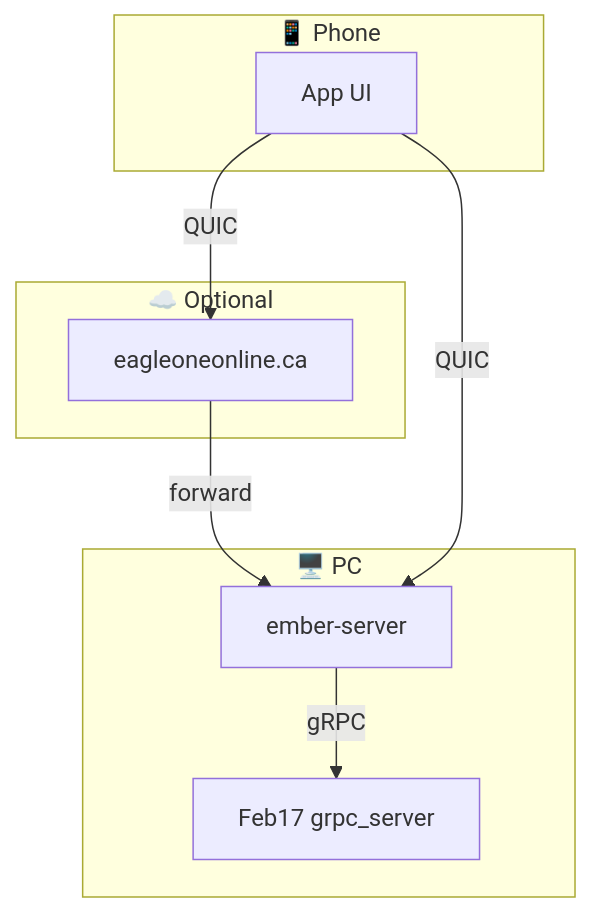
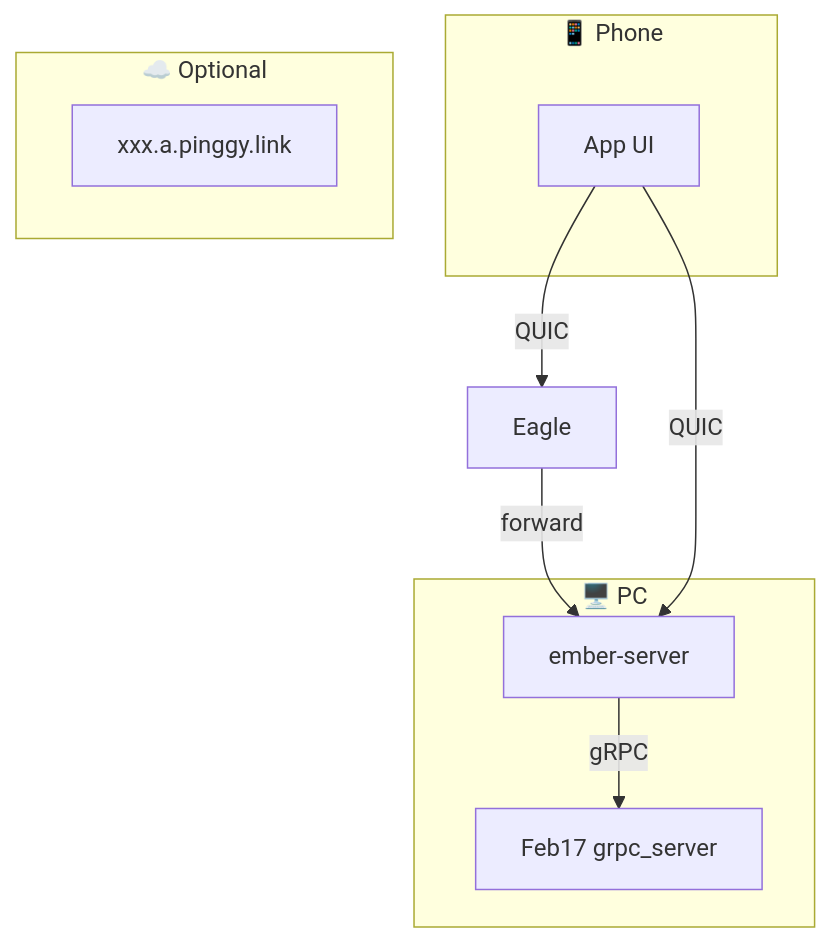
One commit to Promethos-ai/blaster2000 changed the first of 3 diagrams in ember/docs/ARCHITECTURE.md. Above: the diagram before and after it, drawn with Mermaid. The commit also changed other lines of this file and 36 other files, not shown here.

````diff
--- a/ember/docs/ARCHITECTURE.md
+++ b/ember/docs/ARCHITECTURE.md
@@ -150,20 +154,20 @@
 ```mermaid
 flowchart TB
     subgraph Phone ["📱 Phone"]
         App[App UI]
     end
     
     subgraph PC ["🖥️ PC"]
         Ember[ember-server]
         Feb17[Feb17 grpc_server]
     end
     
     subgraph Proxy ["☁️ Optional"]
-        Eagle[eagleoneonline.ca]
+        Pinggy[xxx.a.pinggy.link]
     end
     
     App -->|QUIC| Eagle
     Eagle -->|forward| Ember
     App -->|QUIC| Ember
     Ember -->|gRPC| Feb17
 ```
````
